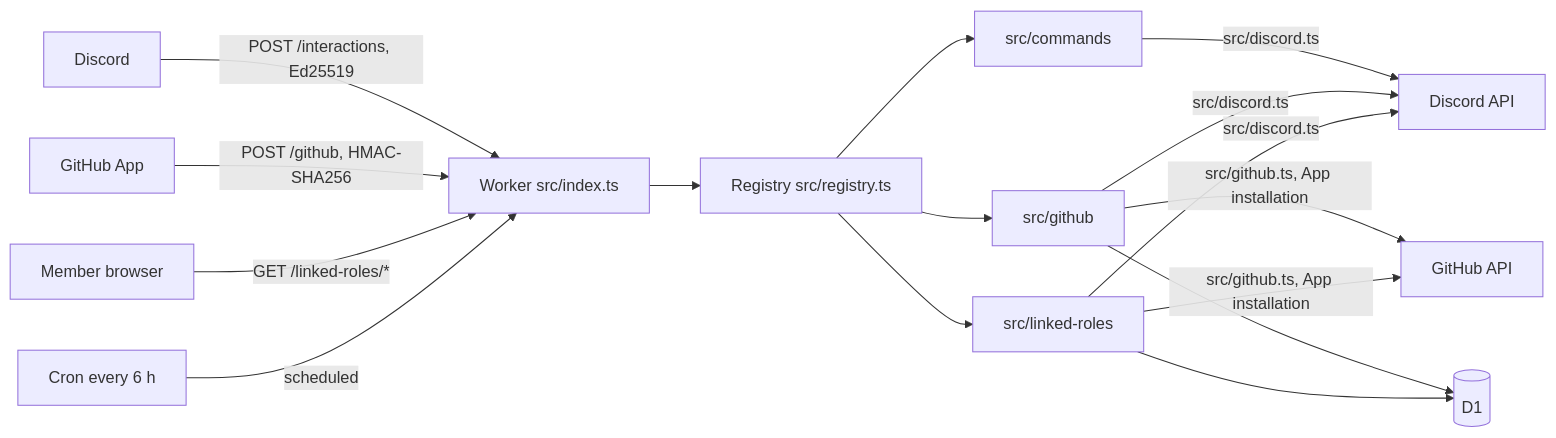
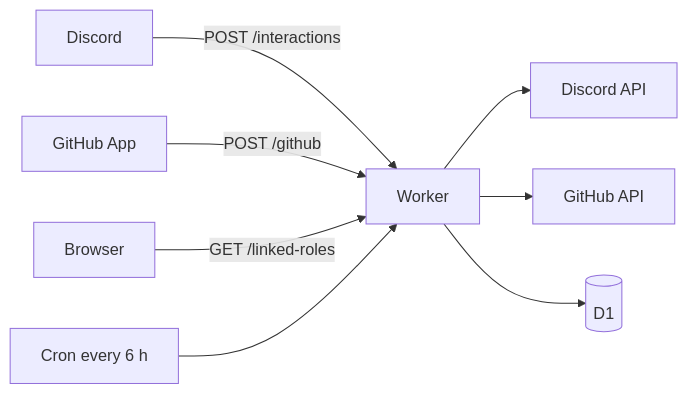
Before and after one commit to OpenDrone-hw/discord: the diagram in bot/README.md, drawn with Mermaid. The commit also changed other lines of this file and 6 other files, not shown here.

````diff
--- a/bot/README.md
+++ b/bot/README.md
@@ -8,15 +7,10 @@
 ```mermaid
 flowchart LR
-  D[Discord] -->|POST /interactions, Ed25519| W[Worker src/index.ts]
-  G[GitHub App] -->|POST /github, HMAC-SHA256| W
-  B[Member browser] -->|GET /linked-roles/*| W
-  C[Cron every 6 h] -->|scheduled| W
-  W --> R[Registry src/registry.ts]
-  R --> M1[src/commands]
-  R --> M2[src/github]
-  R --> M3[src/linked-roles]
-  M1 & M2 & M3 -->|src/discord.ts| DA[Discord API]
-  M2 & M3 -->|src/github.ts, App installation| GA[GitHub API]
-  M2 --> DB[(D1)]
-  M3 --> DB
+  D[Discord] -->|POST /interactions| W[Worker]
+  G[GitHub App] -->|POST /github| W
+  B[Browser] -->|GET /linked-roles| W
+  C[Cron every 6 h] --> W
+  W --> DA[Discord API]
+  W --> GA[GitHub API]
+  W --> DB[(D1)]
 ```
````
